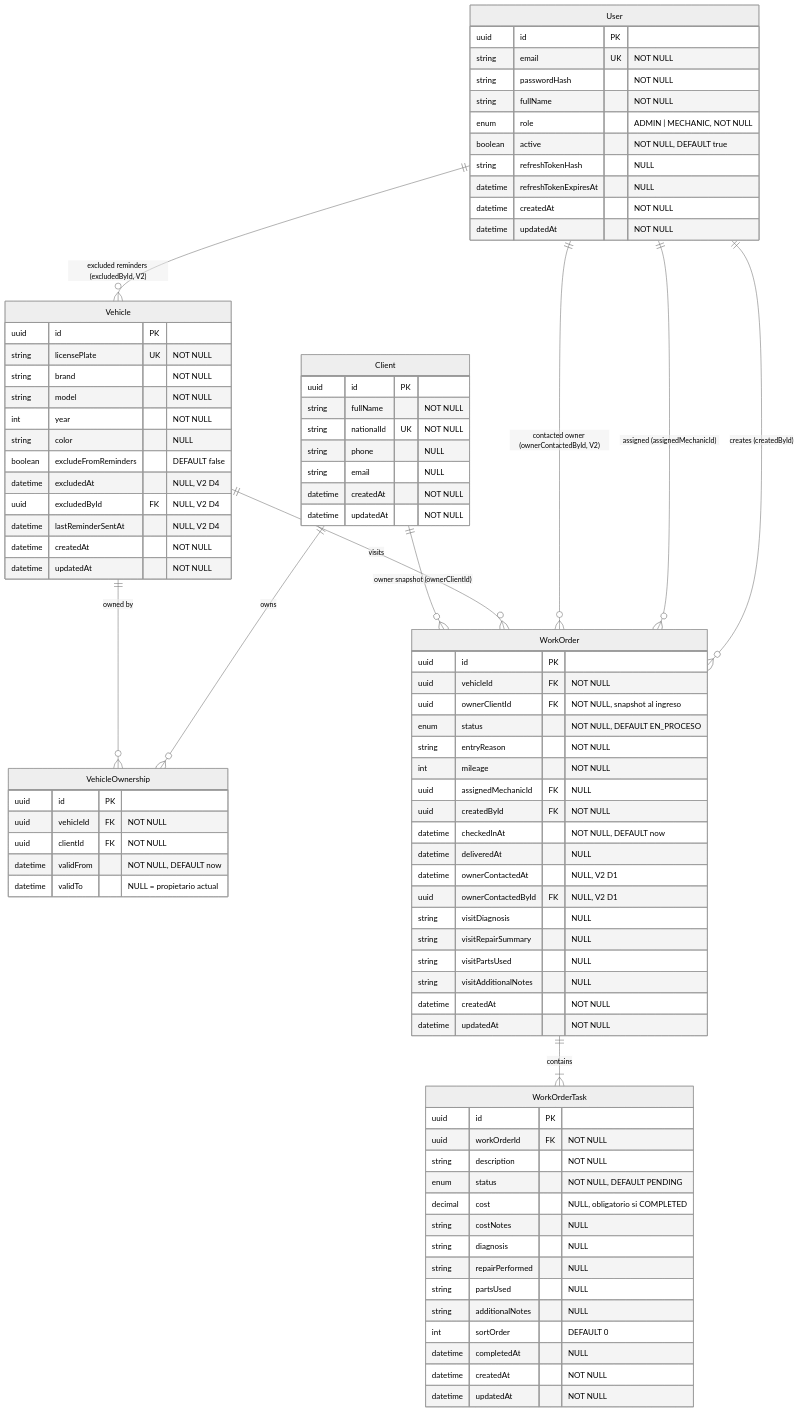
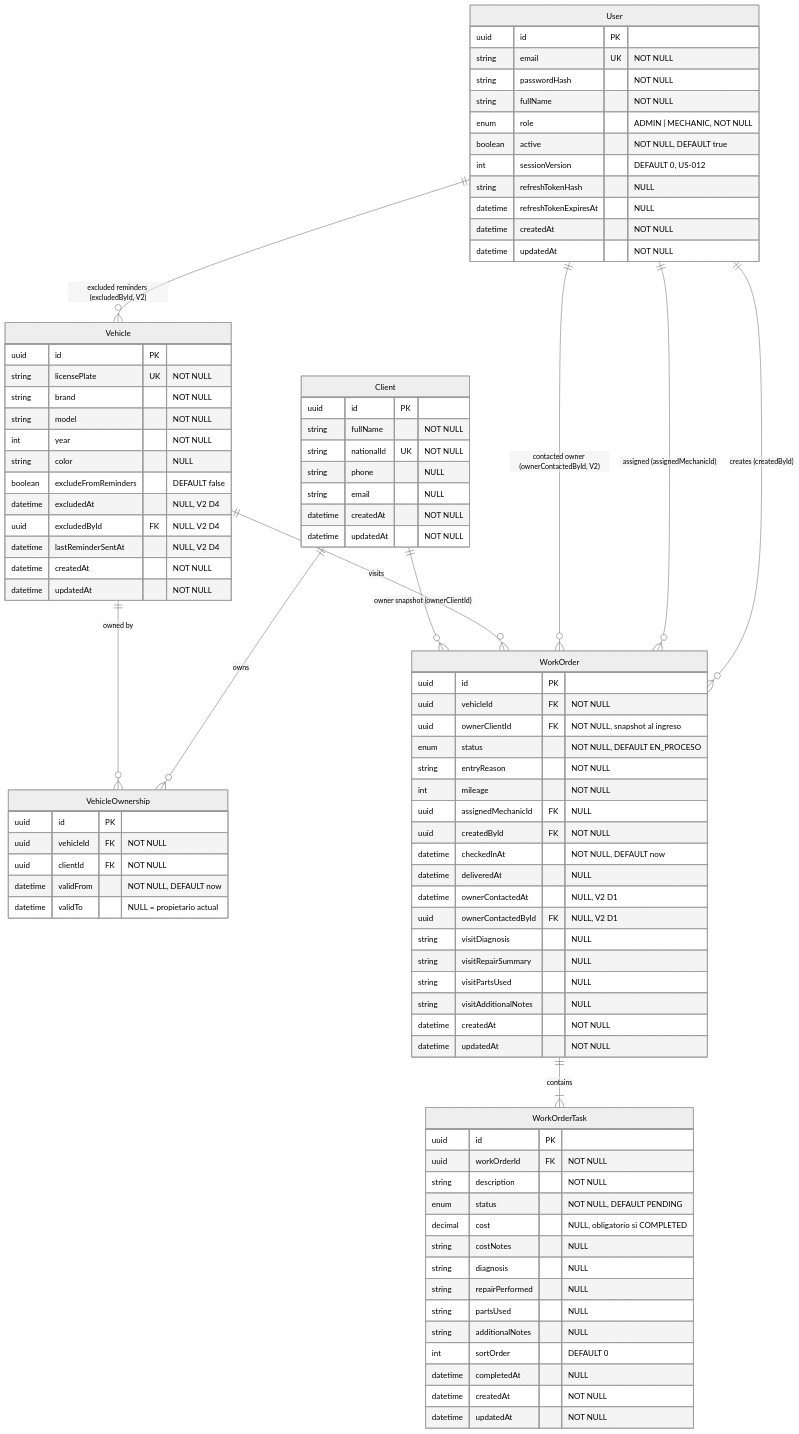
Before and after one commit to LIDR-academy/AI4Devs-finalproject: the third of 3 diagrams in readme.md, drawn with Mermaid (neutral theme). The commit also changed other lines of this file and 101 other files, not shown here.

```diff
--- a/readme.md
+++ b/readme.md
@@ -597,6 +755,7 @@
         string fullName "NOT NULL"
         enum role "ADMIN | MECHANIC, NOT NULL"
         boolean active "NOT NULL, DEFAULT true"
+        int sessionVersion "DEFAULT 0, US-012"
         string refreshTokenHash "NULL"
         datetime refreshTokenExpiresAt "NULL"
         datetime createdAt "NOT NULL"
```
